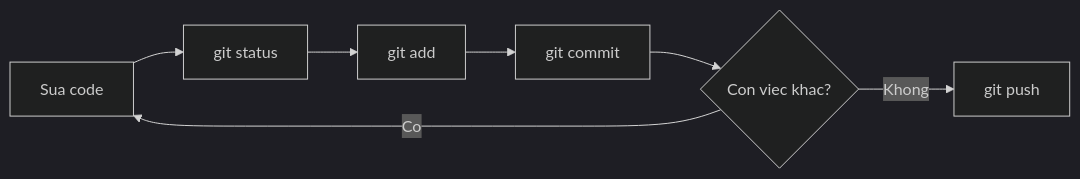
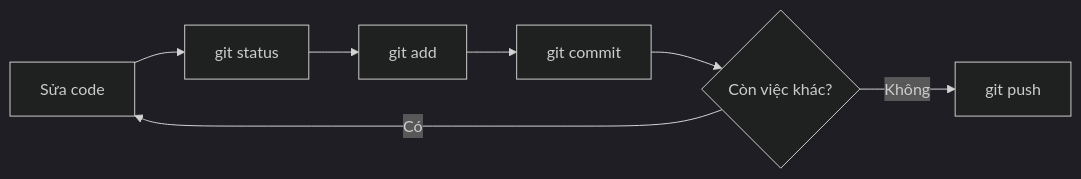
The diagram in docs/09-dotnet-backend-zero-to-senior/stage-01-foundation/module-03-git-developer-workflow/3.4-workflow-co-ban.mdx (TienNHM/tiennhm.github.io), drawn with Mermaid (dark theme) before and after one commit. The commit also changed other lines of this file and 17 other files, not shown here.

````diff
--- a/docs/09-dotnet-backend-zero-to-senior/stage-01-foundation/module-03-git-developer-workflow/3.4-workflow-co-ban.mdx
+++ b/docs/09-dotnet-backend-zero-to-senior/stage-01-foundation/module-03-git-developer-workflow/3.4-workflow-co-ban.mdx
@@ -29,9 +29,9 @@
 ```mermaid
 flowchart LR
-    A[Sua code] --> B[git status]
+    A[Sửa code] --> B[git status]
     B --> C[git add]
     C --> D[git commit]
-    D --> E{Con viec khac?}
-    E -->|Co| A
-    E -->|Khong| F[git push]
+    D --> E{Còn việc khác?}
+    E -->|Có| A
+    E -->|Không| F[git push]
 ```
````
